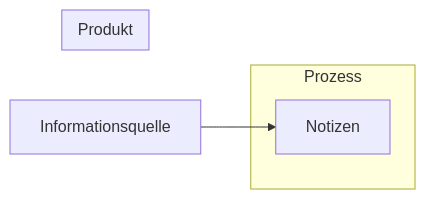
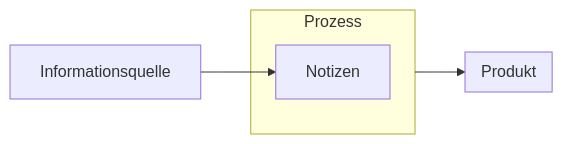
The diagram in 📝 - Arbeitsplatz/Untitled.md (julianstoerig/zettelkasten), drawn with Mermaid before and after one commit. The commit also changed 1 other file, not shown here.

Commit message:
automatic version-control: 2021-01-15 18:24:18

````diff
--- a/📝 - Arbeitsplatz/Untitled.md
+++ b/📝 - Arbeitsplatz/Untitled.md
@@ -1,17 +1,18 @@
 ```mermaid
-graph LR
+flowchart LR
 
 I[Informationsquelle]
 N[Notizen]
 
 I --> N
 
 subgraph Ps[Prozess]
 	N
 end
 
 subgraph Pt[Produkt]
 	
 end
 
+Ps --> Pt
 ```
````
